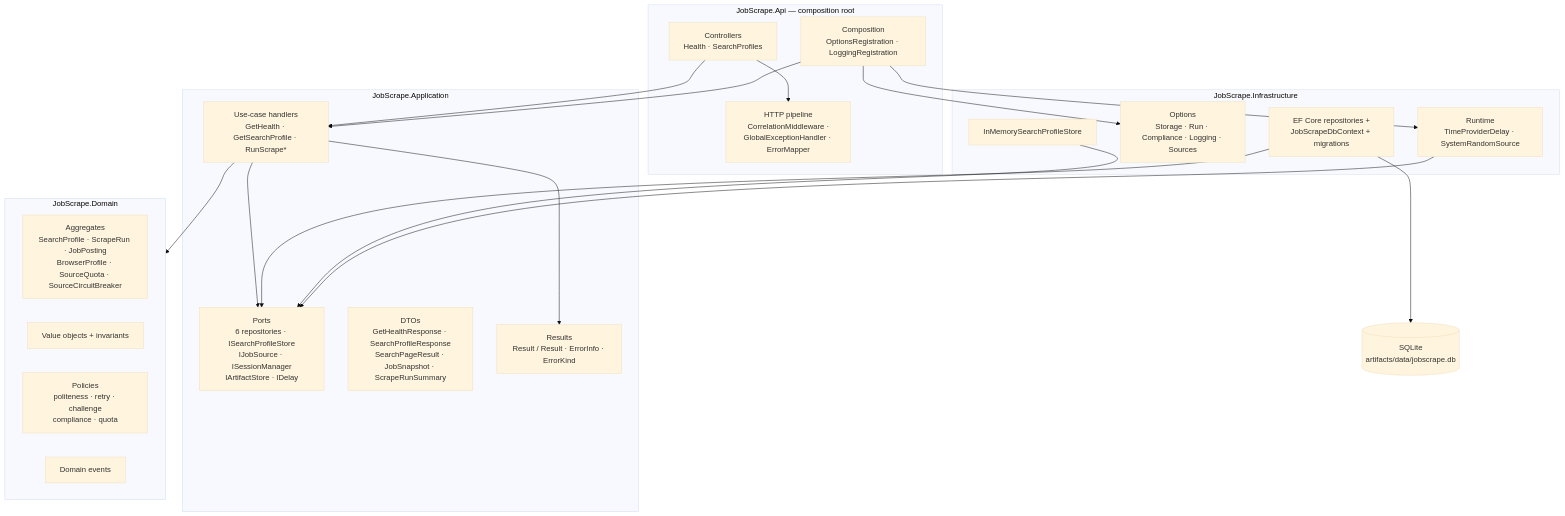
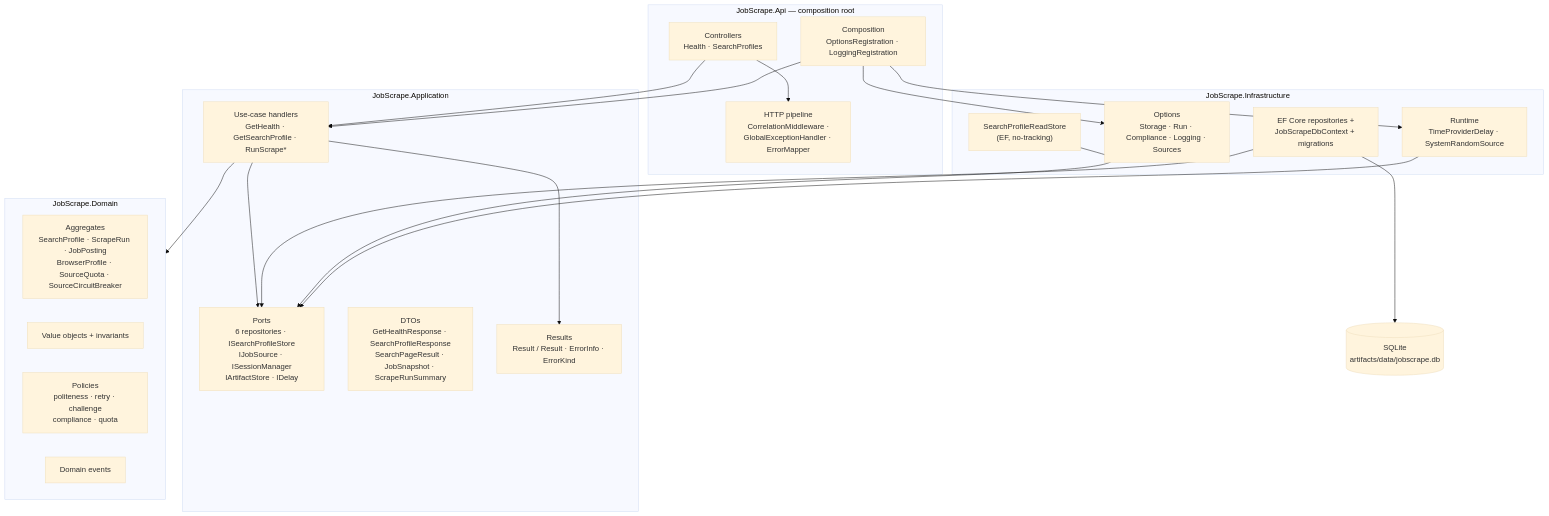
The second of 10 diagrams in docs/02-architecture.md (AslamNazeerShaikh/PlaywrightDotNet), drawn with Mermaid (base theme) before and after one commit. The commit also changed other lines of this file and 36 other files, not shown here.

````diff
--- a/docs/02-architecture.md
+++ b/docs/02-architecture.md
@@ -87,42 +87,42 @@
 ```mermaid
 flowchart TB
     subgraph API["JobScrape.Api — composition root"]
         CTRL["Controllers<br/>Health · SearchProfiles"]
         MW["HTTP pipeline<br/>CorrelationMiddleware ·<br/>GlobalExceptionHandler · ErrorMapper"]
         COMP["Composition<br/>OptionsRegistration · LoggingRegistration"]
     end
 
     subgraph APP["JobScrape.Application"]
         UC["Use-case handlers<br/>GetHealth · GetSearchProfile · RunScrape*"]
         PORTS["Ports<br/>6 repositories · ISearchProfileStore<br/>IJobSource · ISessionManager<br/>IArtifactStore · IDelay"]
         DTO["DTOs<br/>GetHealthResponse · SearchProfileResponse<br/>SearchPageResult · JobSnapshot · ScrapeRunSummary"]
         RES["Results<br/>Result / Result<T> · ErrorInfo · ErrorKind"]
     end
 
     subgraph DOM["JobScrape.Domain"]
         AGG["Aggregates<br/>SearchProfile · ScrapeRun · JobPosting<br/>BrowserProfile · SourceQuota · SourceCircuitBreaker"]
         VO["Value objects + invariants"]
         POL["Policies<br/>politeness · retry · challenge<br/>compliance · quota"]
         EVT["Domain events"]
     end
 
     subgraph INF["JobScrape.Infrastructure"]
         PERSIST["EF Core repositories +<br/>JobScrapeDbContext + migrations"]
         OPT["Options<br/>Storage · Run · Compliance · Logging · Sources"]
         RUN["Runtime<br/>TimeProviderDelay · SystemRandomSource"]
-        MEM["InMemorySearchProfileStore"]
+        READ["SearchProfileReadStore<br/>(EF, no-tracking)"]
     end
 
     CTRL --> UC
     CTRL --> MW
     COMP --> UC
     COMP --> OPT
     COMP --> RUN
     UC --> PORTS
     UC --> DOM
     UC --> RES
     PERSIST --> PORTS
-    MEM --> PORTS
+    READ --> PORTS
     RUN --> PORTS
     PERSIST --> DB[("SQLite<br/>artifacts/data/jobscrape.db")]
 ```
````
